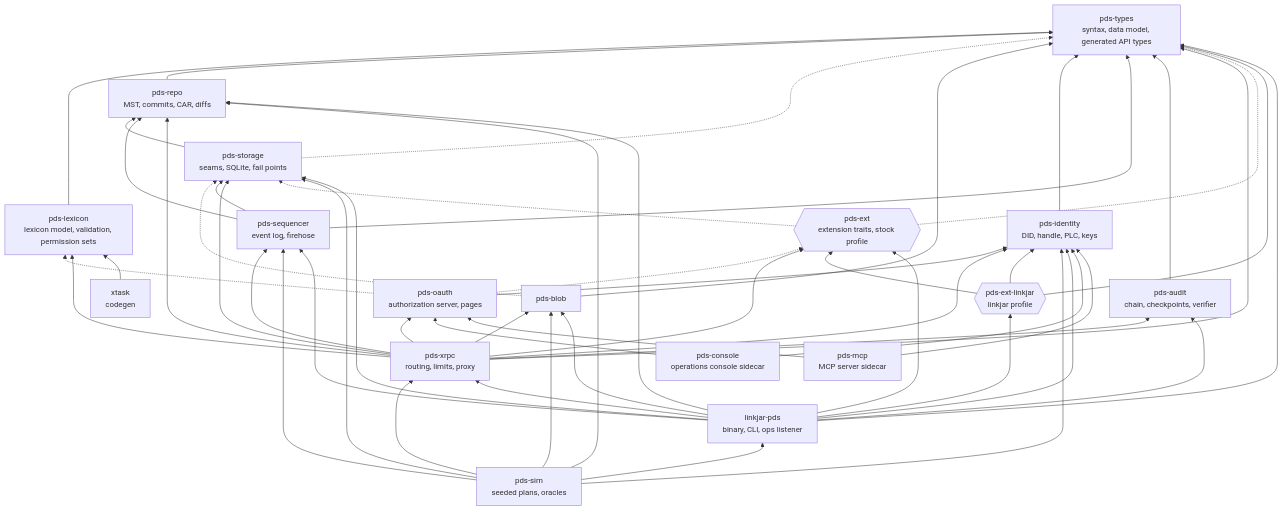
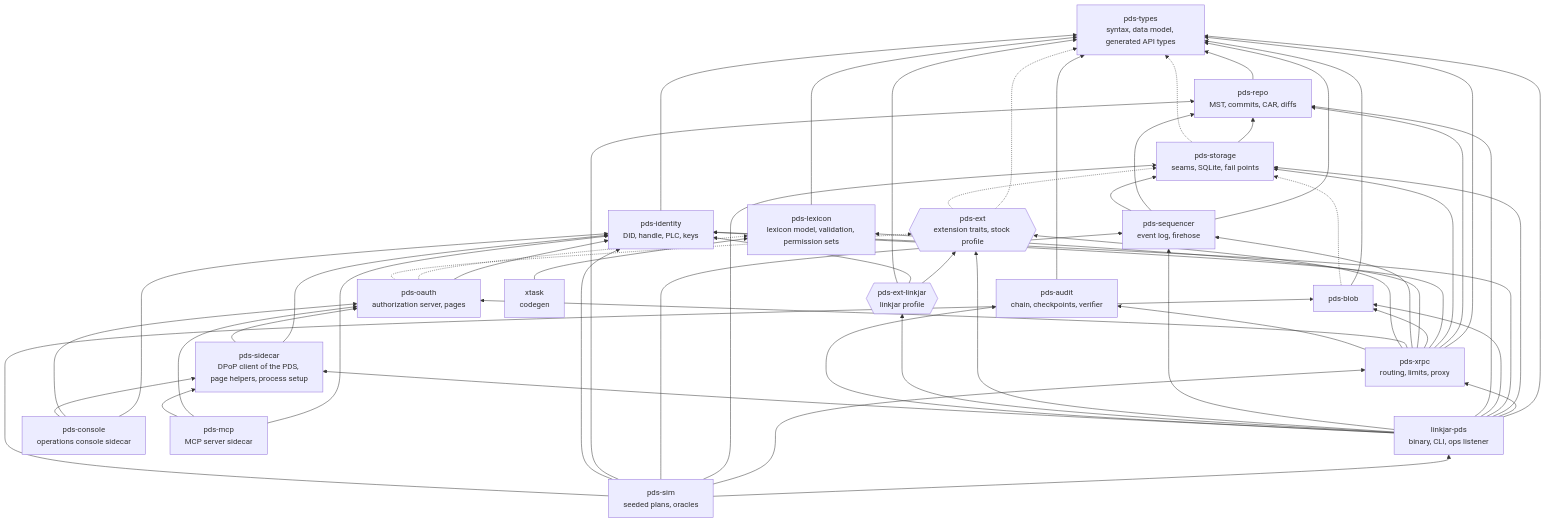
One commit to linkjar/pds changed the diagram in docs/architecture/diagrams/03-crates.mmd. Above: the diagram before and after it, drawn with Mermaid. The commit also changed 30 other files, not shown here.

```diff
--- a/docs/architecture/diagrams/03-crates.mmd
+++ b/docs/architecture/diagrams/03-crates.mmd
@@ -1,37 +1,39 @@
 flowchart BT
   types[pds-types<br/>syntax, data model, generated API types]
   lexicon[pds-lexicon<br/>lexicon model, validation, permission sets]
   repo[pds-repo<br/>MST, commits, CAR, diffs]
   storage[pds-storage<br/>seams, SQLite, fail points]
   blob[pds-blob]
   identity[pds-identity<br/>DID, handle, PLC, keys]
   sequencer[pds-sequencer<br/>event log, firehose]
   oauth[pds-oauth<br/>authorization server, pages]
   audit[pds-audit<br/>chain, checkpoints, verifier]
   xrpc[pds-xrpc<br/>routing, limits, proxy]
   ext{{pds-ext<br/>extension traits, stock profile}}
   linkjar{{pds-ext-linkjar<br/>linkjar profile}}
   sim[pds-sim<br/>seeded plans, oracles]
   bin[linkjar-pds<br/>binary, CLI, ops listener]
   xtask[xtask<br/>codegen]
+  sidecar[pds-sidecar<br/>DPoP client of the PDS, page helpers, process setup]
   console[pds-console<br/>operations console sidecar]
   mcp[pds-mcp<br/>MCP server sidecar]
   lexicon --> types
   repo --> types
   storage --> repo
   storage -.-> types
   blob --> types
   blob -.-> storage
   identity --> types
   sequencer --> types & repo & storage
   oauth --> identity
   oauth -.-> lexicon & ext
   audit --> types
   xrpc --> types & repo & storage & identity & blob & lexicon & sequencer & oauth & ext & audit
   ext -.-> types & storage
   linkjar --> ext & identity & types
   sim --> bin & xrpc & storage & sequencer & repo & identity & blob
-  bin --> types & xrpc & storage & identity & blob & repo & sequencer & ext & linkjar & audit
+  bin --> types & xrpc & storage & identity & blob & repo & sequencer & ext & linkjar & audit & sidecar
   xtask --> lexicon
-  console --> identity & oauth
-  mcp --> identity & oauth
+  sidecar --> identity & oauth
+  console --> identity & oauth & sidecar
+  mcp --> identity & oauth & sidecar
```
